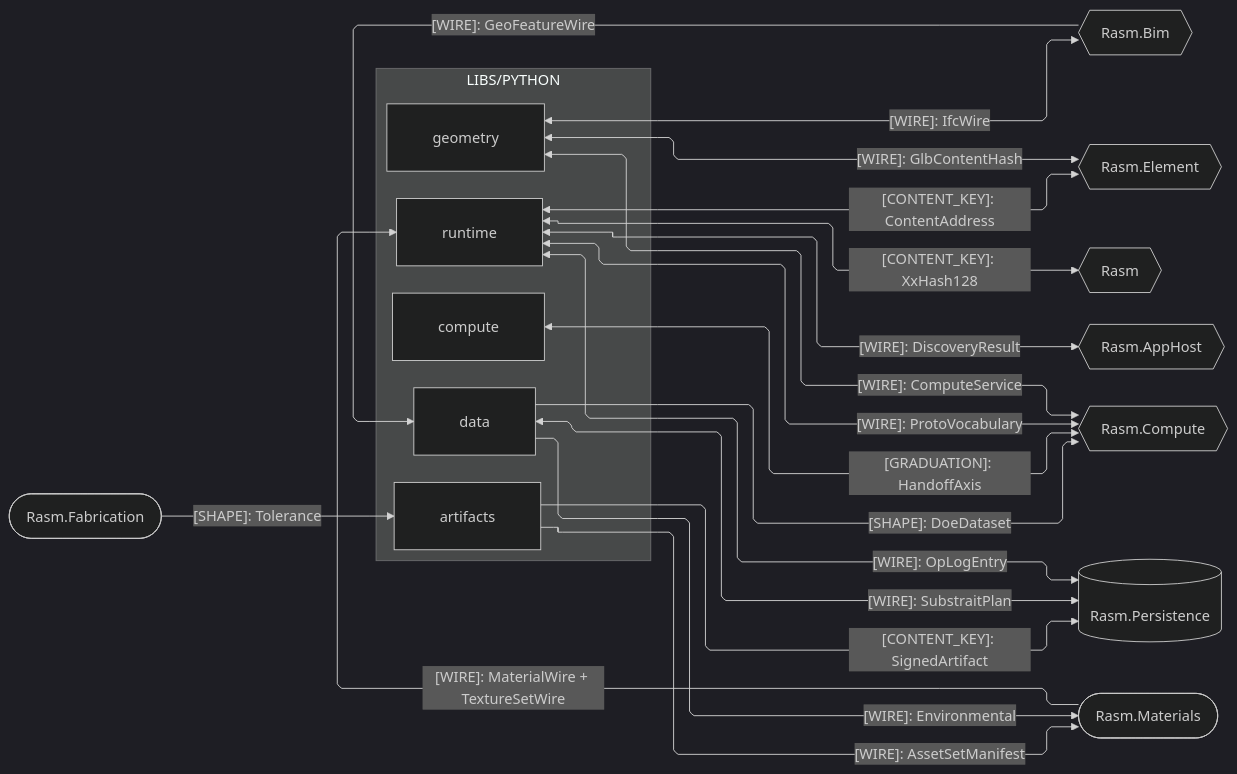
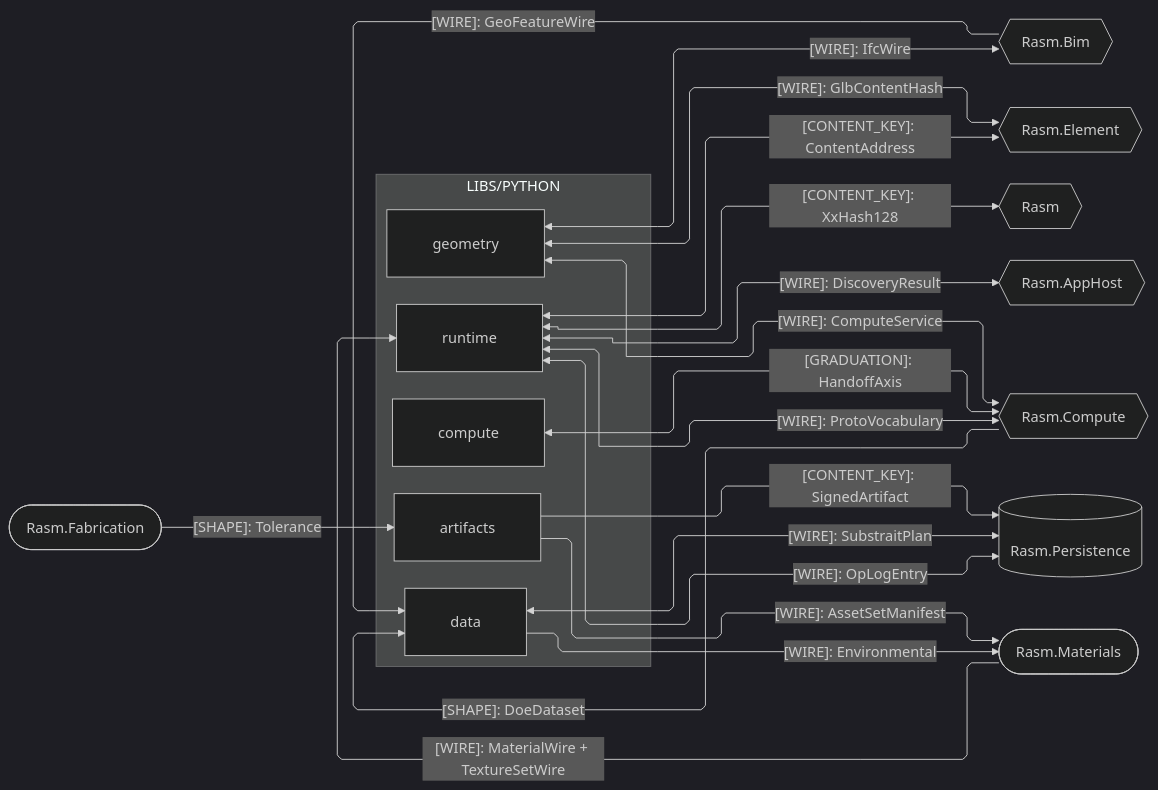
One commit to bsamiee/Rasm changed the second of 4 diagrams in libs/python/.planning/ARCHITECTURE.md. Above: the diagram before and after it, drawn with Mermaid (dark theme). The commit also changed 84 other files, not shown here.

````diff
--- a/libs/python/.planning/ARCHITECTURE.md
+++ b/libs/python/.planning/ARCHITECTURE.md
@@ -73,44 +73,44 @@
 ```mermaid
 ---
 config:
   layout: elk
   flowchart:
     curve: linear
     padding: 25
 ---
 flowchart LR
     accTitle: Python branch C# seam registry
     accDescr: Python packages exchanging kinded contract shapes with their C# counterparts; every edge carries kind plus shape.
     subgraph python[LIBS/PYTHON]
         Geometry[geometry]
         Runtime[runtime]
         Compute[compute]
         Data[data]
         Artifacts[artifacts]
     end
     Bim{{Rasm.Bim}}
     Element{{Rasm.Element}}
     Rasm{{Rasm}}
     AppHost{{Rasm.AppHost}}
     RasmCompute{{Rasm.Compute}}
     Persistence[(Rasm.Persistence)]
     Materials([Rasm.Materials])
     Fabrication([Rasm.Fabrication])
     Geometry e12@<-->|"[WIRE]: IfcWire"| Bim
     Geometry e13@<-->|"[WIRE]: GlbContentHash"| Element
     Geometry e11@<-->|"[WIRE]: ComputeService"| RasmCompute
     Runtime e5@<-->|"[CONTENT_KEY]: ContentAddress"| Element
     Runtime e1@<-->|"[CONTENT_KEY]: XxHash128"| Rasm
     Runtime e2@<-->|"[WIRE]: DiscoveryResult"| AppHost
     Runtime e4@<-->|"[WIRE]: ProtoVocabulary"| RasmCompute
     Runtime e3@<-->|"[WIRE]: OpLogEntry"| Persistence
     Compute e10@<-->|"[GRADUATION]: HandoffAxis"| RasmCompute
-    Data e7@-->|"[SHAPE]: DoeDataset"| RasmCompute
+    RasmCompute e7@-->|"[SHAPE]: DoeDataset"| Data
     Data e6@<-->|"[WIRE]: SubstraitPlan"| Persistence
     Data e8@-->|"[WIRE]: Environmental"| Materials
     Materials e16@-->|"[WIRE]: MaterialWire + TextureSetWire"| Runtime
     Artifacts e17@-->|"[WIRE]: AssetSetManifest"| Materials
     Bim e9@-->|"[WIRE]: GeoFeatureWire"| Data
     Artifacts e14@-->|"[CONTENT_KEY]: SignedArtifact"| Persistence
     Fabrication e15@-->|"[SHAPE]: Tolerance"| Artifacts
 ```
````
